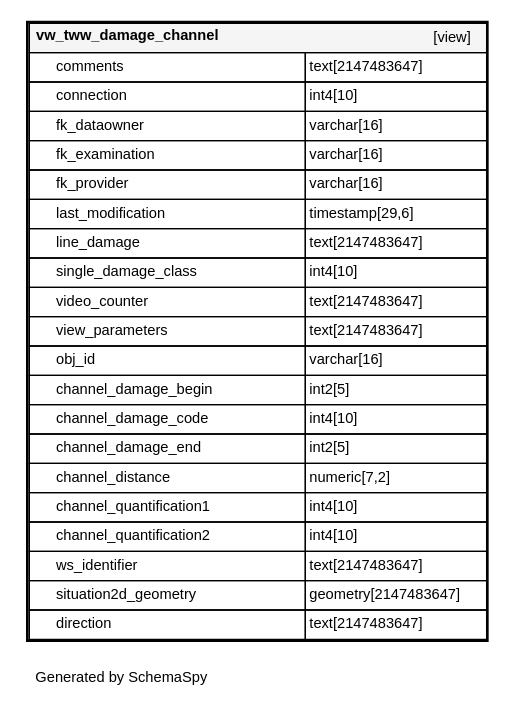
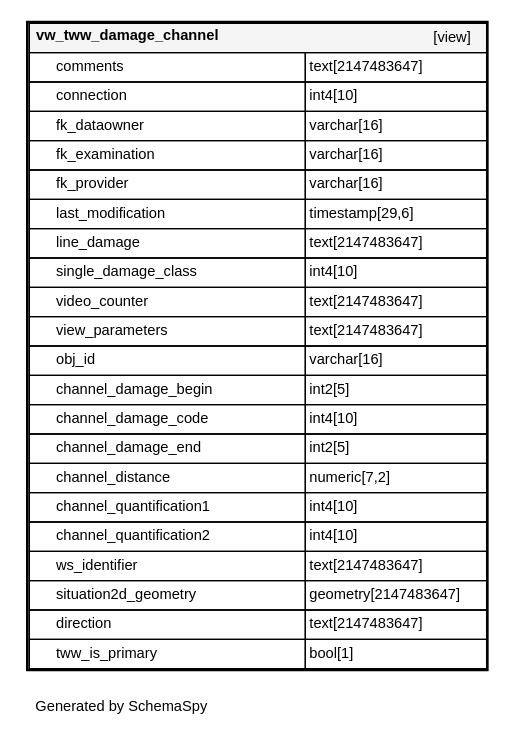
One commit to teksi/wastewater changed the diagram in de/_static/datamodel/tww_app/diagrams/tables/vw_tww_damage_channel.1degree.dot. Above: the diagram before and after it, drawn with Graphviz. The commit also changed 189 other files, not shown here.

```diff
--- a/de/_static/datamodel/tww_app/diagrams/tables/vw_tww_damage_channel.1degree.dot
+++ b/de/_static/datamodel/tww_app/diagrams/tables/vw_tww_damage_channel.1degree.dot
@@ -1,32 +1,33 @@
 digraph "oneDegreeRelationshipsDiagram" {
   graph [    rankdir="RL"    bgcolor="#ffffff"    label="\nGenerated by SchemaSpy"    labeljust="l"    nodesep="0.18"    ranksep="0.46"    fontname="Helvetica"    fontsize="11"    packmode="graph"  ];  node [    fontname="Helvetica"    fontsize="11"    shape="plaintext"  ];  edge [    arrowsize="0.8"  ];
   "vw_tww_damage_channel" [
    label=<
     <TABLE BORDER="2" CELLBORDER="1" CELLSPACING="0" BGCOLOR="#ffffff">
       <TR><TD COLSPAN="4"  BGCOLOR="#f5f5f5"><TABLE BORDER="0" CELLSPACING="0"><TR><TD ALIGN="LEFT" FIXEDSIZE="TRUE" WIDTH="186" HEIGHT="16"><B>vw_tww_damage_channel</B></TD><TD ALIGN="RIGHT">[view]</TD></TR></TABLE></TD></TR>
       <TR><TD PORT="comments" COLSPAN="2" ALIGN="LEFT"><TABLE BORDER="0" CELLSPACING="0" ALIGN="LEFT"><TR ALIGN="LEFT"><TD ALIGN="LEFT" FIXEDSIZE="TRUE" WIDTH="15" HEIGHT="16"></TD><TD ALIGN="LEFT" FIXEDSIZE="TRUE" WIDTH="186" HEIGHT="16">comments</TD></TR></TABLE></TD><TD PORT="comments.type" ALIGN="LEFT">text[2147483647]</TD></TR>
       <TR><TD PORT="connection" COLSPAN="2" ALIGN="LEFT"><TABLE BORDER="0" CELLSPACING="0" ALIGN="LEFT"><TR ALIGN="LEFT"><TD ALIGN="LEFT" FIXEDSIZE="TRUE" WIDTH="15" HEIGHT="16"></TD><TD ALIGN="LEFT" FIXEDSIZE="TRUE" WIDTH="186" HEIGHT="16">connection</TD></TR></TABLE></TD><TD PORT="connection.type" ALIGN="LEFT">int4[10]</TD></TR>
       <TR><TD PORT="fk_dataowner" COLSPAN="2" ALIGN="LEFT"><TABLE BORDER="0" CELLSPACING="0" ALIGN="LEFT"><TR ALIGN="LEFT"><TD ALIGN="LEFT" FIXEDSIZE="TRUE" WIDTH="15" HEIGHT="16"></TD><TD ALIGN="LEFT" FIXEDSIZE="TRUE" WIDTH="186" HEIGHT="16">fk_dataowner</TD></TR></TABLE></TD><TD PORT="fk_dataowner.type" ALIGN="LEFT">varchar[16]</TD></TR>
       <TR><TD PORT="fk_examination" COLSPAN="2" ALIGN="LEFT"><TABLE BORDER="0" CELLSPACING="0" ALIGN="LEFT"><TR ALIGN="LEFT"><TD ALIGN="LEFT" FIXEDSIZE="TRUE" WIDTH="15" HEIGHT="16"></TD><TD ALIGN="LEFT" FIXEDSIZE="TRUE" WIDTH="186" HEIGHT="16">fk_examination</TD></TR></TABLE></TD><TD PORT="fk_examination.type" ALIGN="LEFT">varchar[16]</TD></TR>
       <TR><TD PORT="fk_provider" COLSPAN="2" ALIGN="LEFT"><TABLE BORDER="0" CELLSPACING="0" ALIGN="LEFT"><TR ALIGN="LEFT"><TD ALIGN="LEFT" FIXEDSIZE="TRUE" WIDTH="15" HEIGHT="16"></TD><TD ALIGN="LEFT" FIXEDSIZE="TRUE" WIDTH="186" HEIGHT="16">fk_provider</TD></TR></TABLE></TD><TD PORT="fk_provider.type" ALIGN="LEFT">varchar[16]</TD></TR>
       <TR><TD PORT="last_modification" COLSPAN="2" ALIGN="LEFT"><TABLE BORDER="0" CELLSPACING="0" ALIGN="LEFT"><TR ALIGN="LEFT"><TD ALIGN="LEFT" FIXEDSIZE="TRUE" WIDTH="15" HEIGHT="16"></TD><TD ALIGN="LEFT" FIXEDSIZE="TRUE" WIDTH="186" HEIGHT="16">last_modification</TD></TR></TABLE></TD><TD PORT="last_modification.type" ALIGN="LEFT">timestamp[29,6]</TD></TR>
       <TR><TD PORT="line_damage" COLSPAN="2" ALIGN="LEFT"><TABLE BORDER="0" CELLSPACING="0" ALIGN="LEFT"><TR ALIGN="LEFT"><TD ALIGN="LEFT" FIXEDSIZE="TRUE" WIDTH="15" HEIGHT="16"></TD><TD ALIGN="LEFT" FIXEDSIZE="TRUE" WIDTH="186" HEIGHT="16">line_damage</TD></TR></TABLE></TD><TD PORT="line_damage.type" ALIGN="LEFT">text[2147483647]</TD></TR>
       <TR><TD PORT="single_damage_class" COLSPAN="2" ALIGN="LEFT"><TABLE BORDER="0" CELLSPACING="0" ALIGN="LEFT"><TR ALIGN="LEFT"><TD ALIGN="LEFT" FIXEDSIZE="TRUE" WIDTH="15" HEIGHT="16"></TD><TD ALIGN="LEFT" FIXEDSIZE="TRUE" WIDTH="186" HEIGHT="16">single_damage_class</TD></TR></TABLE></TD><TD PORT="single_damage_class.type" ALIGN="LEFT">int4[10]</TD></TR>
       <TR><TD PORT="video_counter" COLSPAN="2" ALIGN="LEFT"><TABLE BORDER="0" CELLSPACING="0" ALIGN="LEFT"><TR ALIGN="LEFT"><TD ALIGN="LEFT" FIXEDSIZE="TRUE" WIDTH="15" HEIGHT="16"></TD><TD ALIGN="LEFT" FIXEDSIZE="TRUE" WIDTH="186" HEIGHT="16">video_counter</TD></TR></TABLE></TD><TD PORT="video_counter.type" ALIGN="LEFT">text[2147483647]</TD></TR>
       <TR><TD PORT="view_parameters" COLSPAN="2" ALIGN="LEFT"><TABLE BORDER="0" CELLSPACING="0" ALIGN="LEFT"><TR ALIGN="LEFT"><TD ALIGN="LEFT" FIXEDSIZE="TRUE" WIDTH="15" HEIGHT="16"></TD><TD ALIGN="LEFT" FIXEDSIZE="TRUE" WIDTH="186" HEIGHT="16">view_parameters</TD></TR></TABLE></TD><TD PORT="view_parameters.type" ALIGN="LEFT">text[2147483647]</TD></TR>
       <TR><TD PORT="obj_id" COLSPAN="2" ALIGN="LEFT"><TABLE BORDER="0" CELLSPACING="0" ALIGN="LEFT"><TR ALIGN="LEFT"><TD ALIGN="LEFT" FIXEDSIZE="TRUE" WIDTH="15" HEIGHT="16"></TD><TD ALIGN="LEFT" FIXEDSIZE="TRUE" WIDTH="186" HEIGHT="16">obj_id</TD></TR></TABLE></TD><TD PORT="obj_id.type" ALIGN="LEFT">varchar[16]</TD></TR>
       <TR><TD PORT="channel_damage_begin" COLSPAN="2" ALIGN="LEFT"><TABLE BORDER="0" CELLSPACING="0" ALIGN="LEFT"><TR ALIGN="LEFT"><TD ALIGN="LEFT" FIXEDSIZE="TRUE" WIDTH="15" HEIGHT="16"></TD><TD ALIGN="LEFT" FIXEDSIZE="TRUE" WIDTH="186" HEIGHT="16">channel_damage_begin</TD></TR></TABLE></TD><TD PORT="channel_damage_begin.type" ALIGN="LEFT">int2[5]</TD></TR>
       <TR><TD PORT="channel_damage_code" COLSPAN="2" ALIGN="LEFT"><TABLE BORDER="0" CELLSPACING="0" ALIGN="LEFT"><TR ALIGN="LEFT"><TD ALIGN="LEFT" FIXEDSIZE="TRUE" WIDTH="15" HEIGHT="16"></TD><TD ALIGN="LEFT" FIXEDSIZE="TRUE" WIDTH="186" HEIGHT="16">channel_damage_code</TD></TR></TABLE></TD><TD PORT="channel_damage_code.type" ALIGN="LEFT">int4[10]</TD></TR>
       <TR><TD PORT="channel_damage_end" COLSPAN="2" ALIGN="LEFT"><TABLE BORDER="0" CELLSPACING="0" ALIGN="LEFT"><TR ALIGN="LEFT"><TD ALIGN="LEFT" FIXEDSIZE="TRUE" WIDTH="15" HEIGHT="16"></TD><TD ALIGN="LEFT" FIXEDSIZE="TRUE" WIDTH="186" HEIGHT="16">channel_damage_end</TD></TR></TABLE></TD><TD PORT="channel_damage_end.type" ALIGN="LEFT">int2[5]</TD></TR>
       <TR><TD PORT="channel_distance" COLSPAN="2" ALIGN="LEFT"><TABLE BORDER="0" CELLSPACING="0" ALIGN="LEFT"><TR ALIGN="LEFT"><TD ALIGN="LEFT" FIXEDSIZE="TRUE" WIDTH="15" HEIGHT="16"></TD><TD ALIGN="LEFT" FIXEDSIZE="TRUE" WIDTH="186" HEIGHT="16">channel_distance</TD></TR></TABLE></TD><TD PORT="channel_distance.type" ALIGN="LEFT">numeric[7,2]</TD></TR>
       <TR><TD PORT="channel_quantification1" COLSPAN="2" ALIGN="LEFT"><TABLE BORDER="0" CELLSPACING="0" ALIGN="LEFT"><TR ALIGN="LEFT"><TD ALIGN="LEFT" FIXEDSIZE="TRUE" WIDTH="15" HEIGHT="16"></TD><TD ALIGN="LEFT" FIXEDSIZE="TRUE" WIDTH="186" HEIGHT="16">channel_quantification1</TD></TR></TABLE></TD><TD PORT="channel_quantification1.type" ALIGN="LEFT">int4[10]</TD></TR>
       <TR><TD PORT="channel_quantification2" COLSPAN="2" ALIGN="LEFT"><TABLE BORDER="0" CELLSPACING="0" ALIGN="LEFT"><TR ALIGN="LEFT"><TD ALIGN="LEFT" FIXEDSIZE="TRUE" WIDTH="15" HEIGHT="16"></TD><TD ALIGN="LEFT" FIXEDSIZE="TRUE" WIDTH="186" HEIGHT="16">channel_quantification2</TD></TR></TABLE></TD><TD PORT="channel_quantification2.type" ALIGN="LEFT">int4[10]</TD></TR>
       <TR><TD PORT="ws_identifier" COLSPAN="2" ALIGN="LEFT"><TABLE BORDER="0" CELLSPACING="0" ALIGN="LEFT"><TR ALIGN="LEFT"><TD ALIGN="LEFT" FIXEDSIZE="TRUE" WIDTH="15" HEIGHT="16"></TD><TD ALIGN="LEFT" FIXEDSIZE="TRUE" WIDTH="186" HEIGHT="16">ws_identifier</TD></TR></TABLE></TD><TD PORT="ws_identifier.type" ALIGN="LEFT">text[2147483647]</TD></TR>
       <TR><TD PORT="situation2d_geometry" COLSPAN="2" ALIGN="LEFT"><TABLE BORDER="0" CELLSPACING="0" ALIGN="LEFT"><TR ALIGN="LEFT"><TD ALIGN="LEFT" FIXEDSIZE="TRUE" WIDTH="15" HEIGHT="16"></TD><TD ALIGN="LEFT" FIXEDSIZE="TRUE" WIDTH="186" HEIGHT="16">situation2d_geometry</TD></TR></TABLE></TD><TD PORT="situation2d_geometry.type" ALIGN="LEFT">geometry[2147483647]</TD></TR>
       <TR><TD PORT="direction" COLSPAN="2" ALIGN="LEFT"><TABLE BORDER="0" CELLSPACING="0" ALIGN="LEFT"><TR ALIGN="LEFT"><TD ALIGN="LEFT" FIXEDSIZE="TRUE" WIDTH="15" HEIGHT="16"></TD><TD ALIGN="LEFT" FIXEDSIZE="TRUE" WIDTH="186" HEIGHT="16">direction</TD></TR></TABLE></TD><TD PORT="direction.type" ALIGN="LEFT">text[2147483647]</TD></TR>
+      <TR><TD PORT="tww_is_primary" COLSPAN="2" ALIGN="LEFT"><TABLE BORDER="0" CELLSPACING="0" ALIGN="LEFT"><TR ALIGN="LEFT"><TD ALIGN="LEFT" FIXEDSIZE="TRUE" WIDTH="15" HEIGHT="16"></TD><TD ALIGN="LEFT" FIXEDSIZE="TRUE" WIDTH="186" HEIGHT="16">tww_is_primary</TD></TR></TABLE></TD><TD PORT="tww_is_primary.type" ALIGN="LEFT">bool[1]</TD></TR>
     </TABLE>>
     URL="../../tables/vw_tww_damage_channel.html"
     target="_top"
     tooltip="vw_tww_damage_channel"
   ];
 }
```
